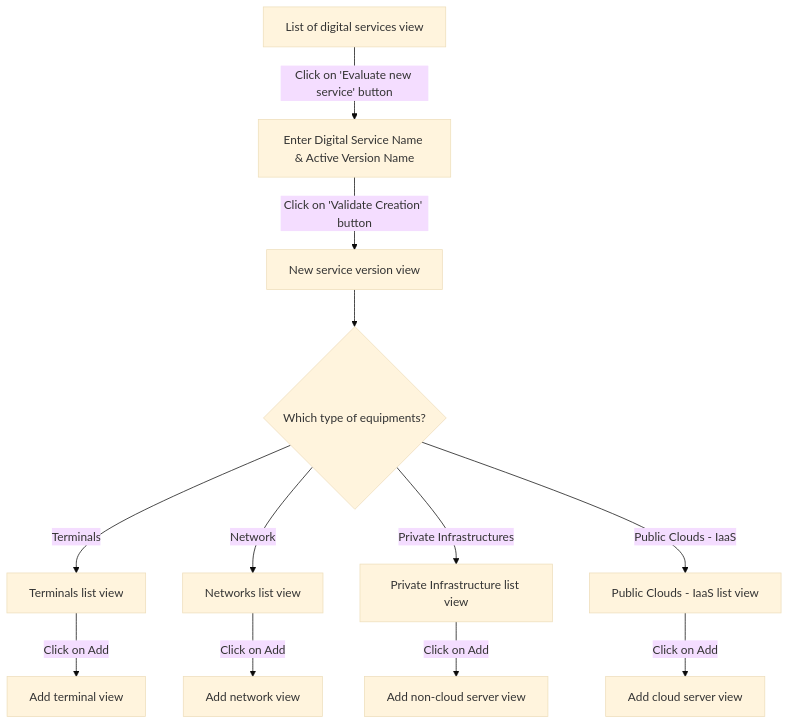
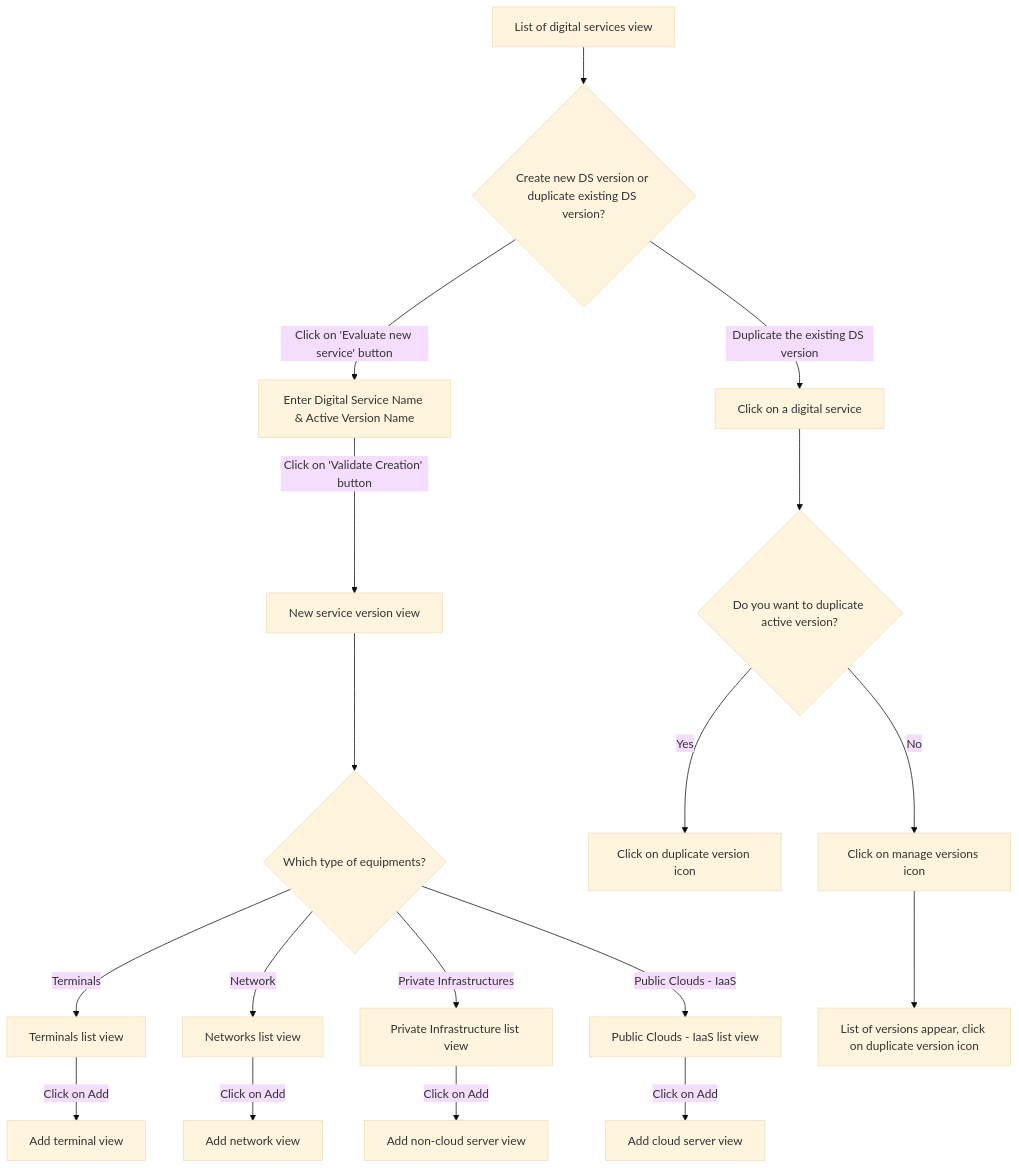
The first of 2 diagrams in services/documentation/content/2-functional-documentation/use_cases/uc_digital_services/uc2_create_visualize_digital_service.md (teamg4it/g4it), drawn with Mermaid (base theme) before and after one commit. The commit also changed other lines of this file and 6 other files, not shown here.

```diff
--- a/services/documentation/content/2-functional-documentation/use_cases/uc_digital_services/uc2_create_visualize_digital_service.md
+++ b/services/documentation/content/2-functional-documentation/use_cases/uc_digital_services/uc2_create_visualize_digital_service.md
@@ -30,17 +35,28 @@
 {{< mermaid align="center" >}}
 graph TD
-Step1[List of digital services view] -->|Click on 'Evaluate new service' button| Step2[Enter Digital Service Name & Active Version Name]
-Step2 -->|Click on 'Validate Creation' button| Step3[New service version view]
+Step1[List of digital services view] --> Decision2{Create new DS version or duplicate existing DS version?}
+Decision2 --> |Click on 'Evaluate new service' button| Step2[Enter Digital Service Name & Active Version Name]
+    
+    Step2 -->|Click on 'Validate Creation' button| Step3[New service version view]
 
     Step3 --> Decision1{Which type of equipments?}
 
     Decision1 -->|Terminals| T1[Terminals list view]
     Decision1 -->|Network| N1[Networks list view]
     Decision1 -->|Private Infrastructures| PI1[Private Infrastructure list view]
     Decision1 -->|Public Clouds - IaaS| PC1[Public Clouds - IaaS list view]
 
     T1 -->|Click on Add| T2[Add terminal view]
     N1 -->|Click on Add| N2[Add network view]
     PI1 -->|Click on Add| PI2[Add non-cloud server view]
     PC1 -->|Click on Add| PC2[Add cloud server view]
+
+Decision2 --> |Duplicate the existing DS version | Step4[Click on a digital service]
+
+    Step4 --> Decision3{Do you want to duplicate active version?}
+
+    Decision3 -->|Yes| Step5[Click on duplicate version icon]
+    Decision3 -->|No| Step6[Click on manage versions icon]
+
+    Step6 --> Step7[List of versions appear, click on duplicate version icon]
 {{< /mermaid >}}
```
